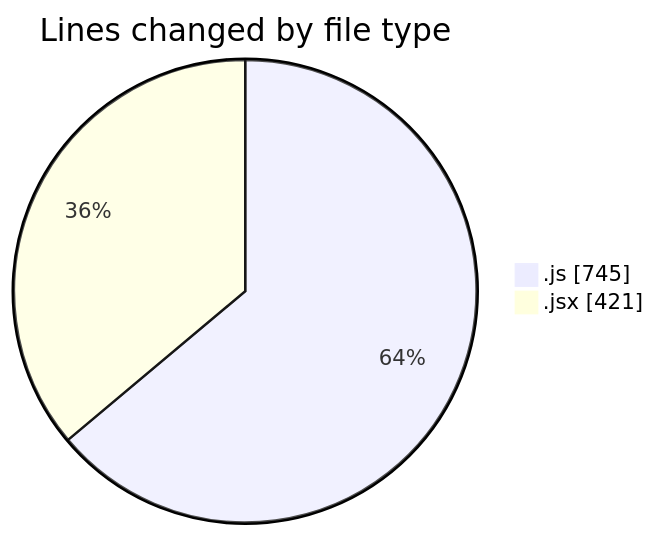
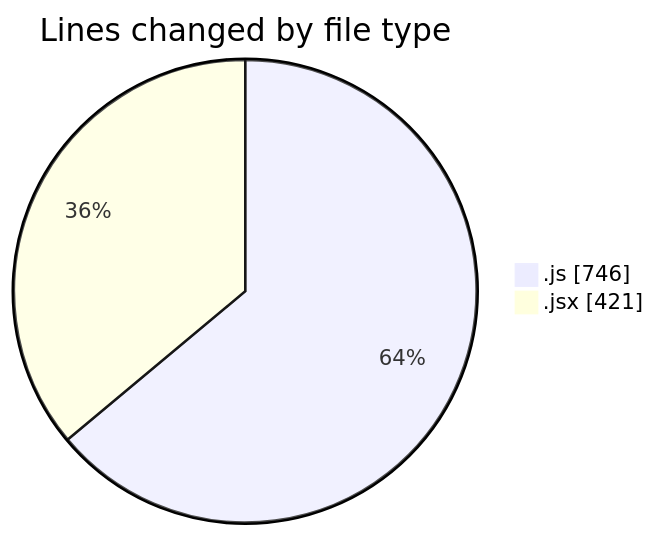
Before and after one commit to nxtqubesakshisongat/code-tracking: the first of 2 diagrams in 2025-10-26/nxtqube_webapp/README.md, drawn with Mermaid. The commit also changed other lines of this file and 1 other file, not shown here.

````diff
--- a/2025-10-26/nxtqube_webapp/README.md
+++ b/2025-10-26/nxtqube_webapp/README.md
@@ -21,6 +21,6 @@
 ```mermaid
 pie showData
 title Lines changed by file type
-".js" : 745
+".js" : 746
 ".jsx" : 421
 ```
````
